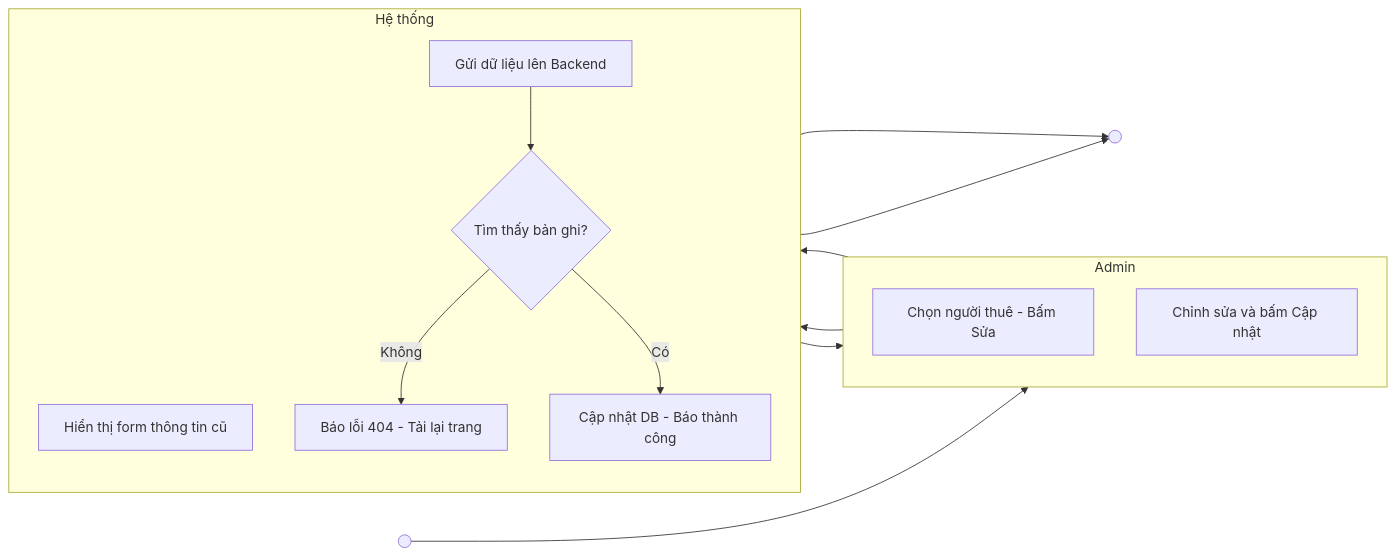
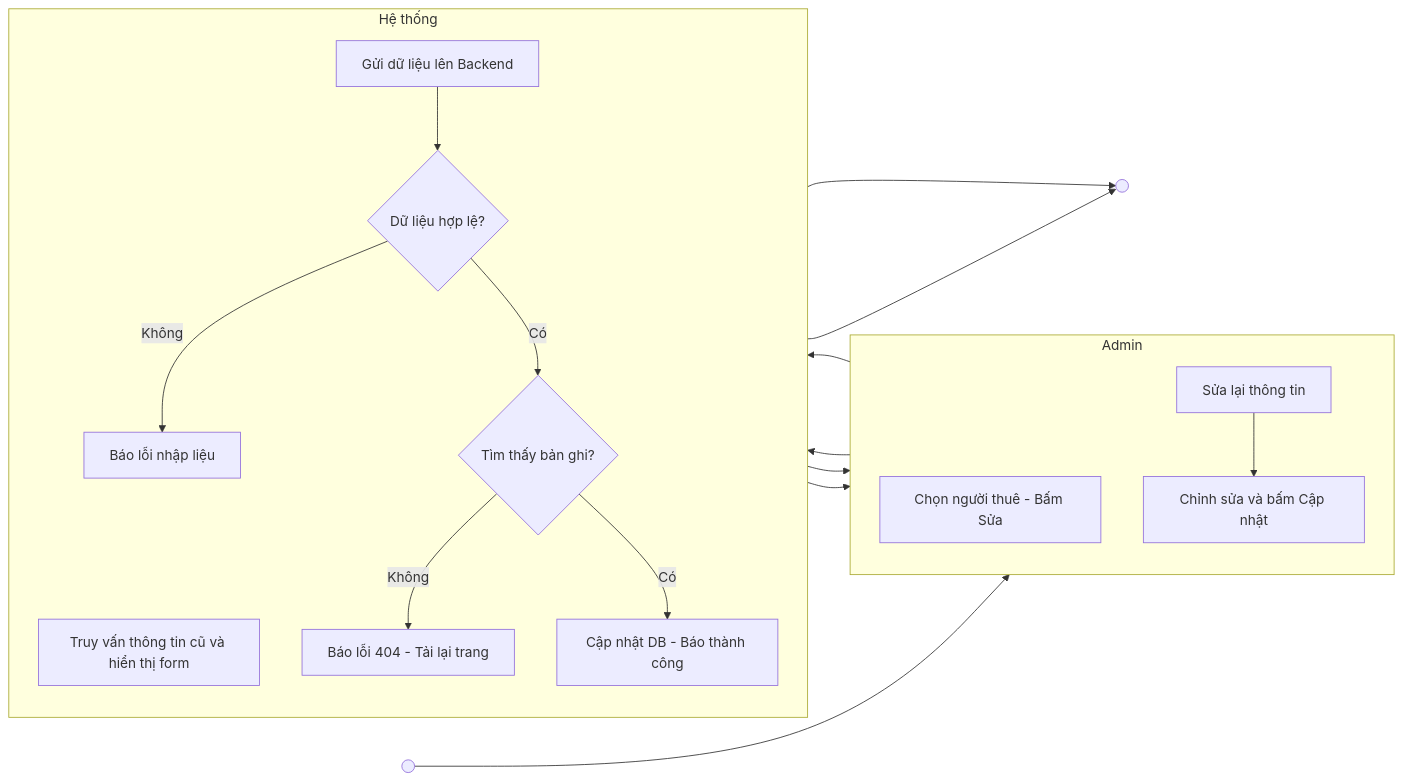
Before and after one commit to ngogiaquyen/acw-srs: the fourth of 18 diagrams in documents/activity-diagrams.md, drawn with Mermaid. The commit also changed other lines of this file and 23 other files, not shown here.

````diff
--- a/documents/activity-diagrams.md
+++ b/documents/activity-diagrams.md
@@ -88,19 +88,24 @@
 ```mermaid
 flowchart LR
   subgraph ND["Admin"]
     direction TB
-    a1[Chọn người thuê - Bấm Sửa]
-    a2[Chỉnh sửa và bấm Cập nhật]
+    a1["Chọn người thuê - Bấm Sửa"]
+    a2["Chỉnh sửa và bấm Cập nhật"]
+    a3["Sửa lại thông tin"]
   end
   subgraph HT["Hệ thống"]
     direction TB
-    b1[Hiển thị form thông tin cũ]
-    b2[Gửi dữ liệu lên Backend]
-    b3{Tìm thấy bản ghi?}
-    b4[Báo lỗi 404 - Tải lại trang]
-    b5[Cập nhật DB - Báo thành công]
+    b1["Truy vấn thông tin cũ và hiển thị form"]
+    b2["Gửi dữ liệu lên Backend"]
+    b3{"Dữ liệu hợp lệ?"}
+    b4["Báo lỗi nhập liệu"]
+    b5{"Tìm thấy bản ghi?"}
+    b6["Báo lỗi 404 - Tải lại trang"]
+    b7["Cập nhật DB - Báo thành công"]
   end
   S(( )) --> a1 --> b1 --> a2 --> b2 --> b3
-  b3 -->|Không| b4 --> E(( ))
-  b3 -->|Có| b5 --> E
+  b3 -->|Không| b4 --> a3 --> a2
+  b3 -->|Có| b5
+  b5 -->|Không| b6 --> E(( ))
+  b5 -->|Có| b7 --> E
 ```
````
